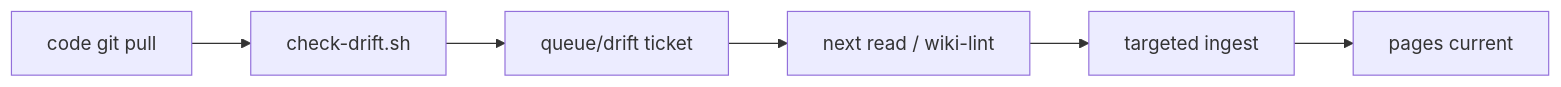
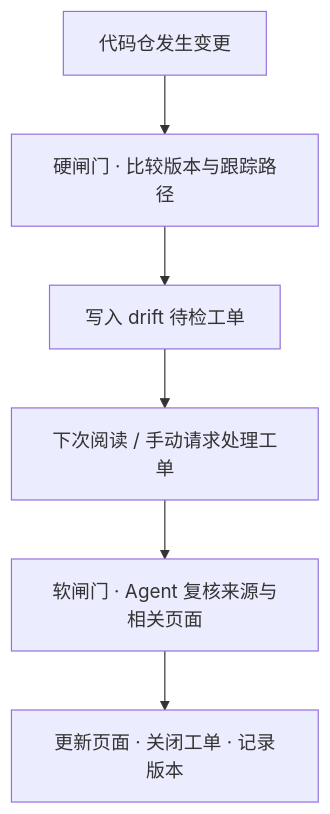
The diagram in README.md (feeeeling/llm-wiki-skill), drawn with Mermaid before and after one commit. The commit also changed other lines of this file and 1 other file, not shown here.

````diff
--- a/README.md
+++ b/README.md
@@ -32,8 +78,8 @@
 ```mermaid
-flowchart LR
-  A[code git pull] --> B[check-drift.sh]
-  B --> C[queue/drift ticket]
-  C --> D["next read / wiki-lint"]
-  D --> E[targeted ingest]
-  E --> F[pages current]
+flowchart TD
+    A[代码仓发生变更] --> B[硬闸门 · 比较版本与跟踪路径]
+    B --> C[写入 drift 待检工单]
+    C --> D[下次阅读 / 手动请求处理工单]
+    D --> E[软闸门 · Agent 复核来源与相关页面]
+    E --> F[更新页面 · 关闭工单 · 记录版本]
 ```
````
